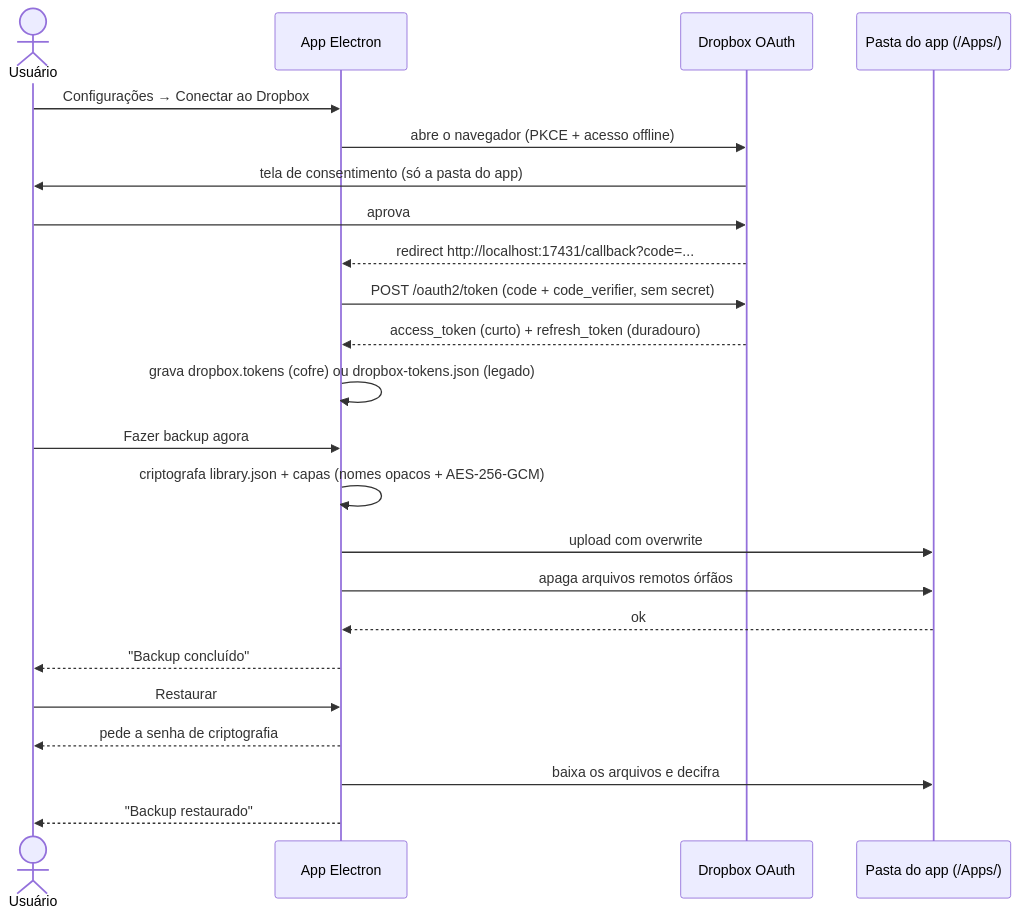
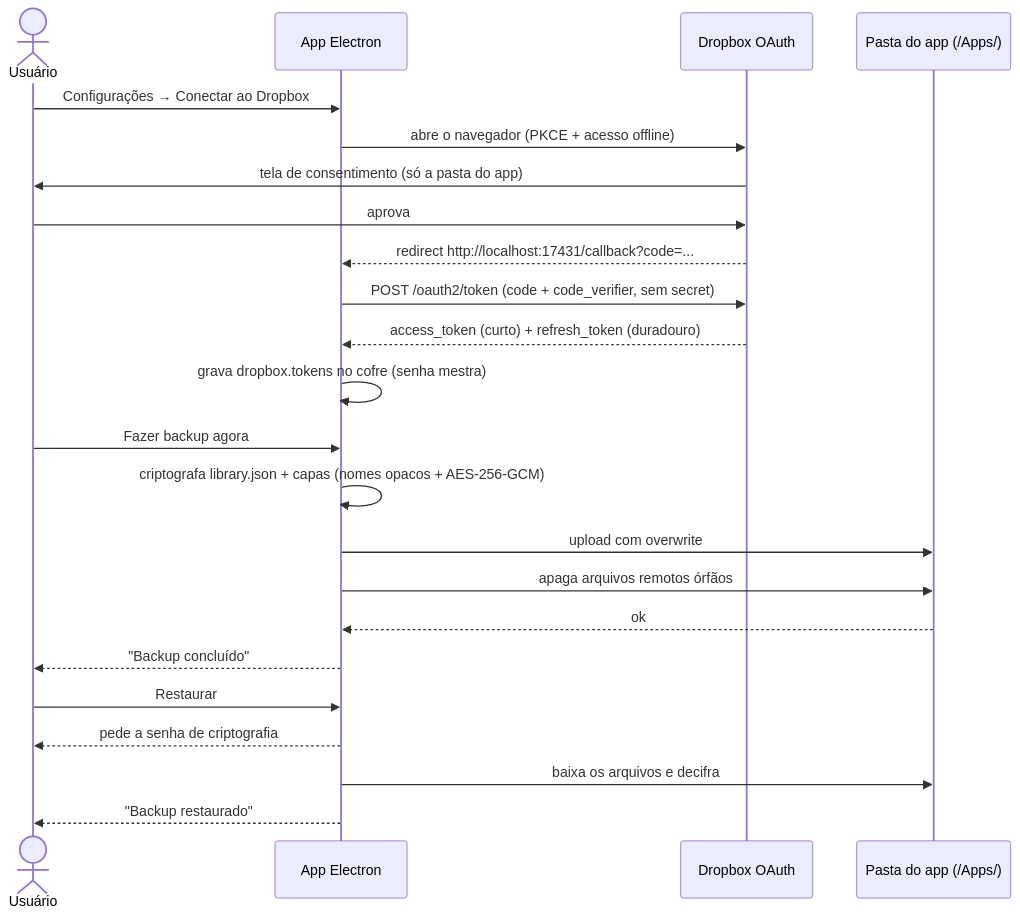
Before and after one commit to chronos-atalante/chronos-biblioteca: the fifth of 5 diagrams in README.md, drawn with Mermaid. The commit also changed other lines of this file and 66 other files, not shown here.

````diff
--- a/README.md
+++ b/README.md
@@ -446,28 +465,28 @@
 ```mermaid
 sequenceDiagram
     actor U as Usuário
     participant App as App Electron
     participant G as Dropbox OAuth
     participant D as Pasta do app (/Apps/)
 
     U->>App: Configurações → Conectar ao Dropbox
     App->>G: abre o navegador (PKCE + acesso offline)
     G->>U: tela de consentimento (só a pasta do app)
     U->>G: aprova
     G-->>App: redirect http://localhost:17431/callback?code=...
     App->>G: POST /oauth2/token (code + code_verifier, sem secret)
     G-->>App: access_token (curto) + refresh_token (duradouro)
-    App->>App: grava dropbox.tokens (cofre) ou dropbox-tokens.json (legado)
+    App->>App: grava dropbox.tokens no cofre (senha mestra)
 
     U->>App: Fazer backup agora
     App->>App: criptografa library.json + capas (nomes opacos + AES-256-GCM)
     App->>D: upload com overwrite
     App->>D: apaga arquivos remotos órfãos
     D-->>App: ok
     App-->>U: "Backup concluído"
 
     U->>App: Restaurar
     App-->>U: pede a senha de criptografia
     App->>D: baixa os arquivos e decifra
     App-->>U: "Backup restaurado"
 ```
````
